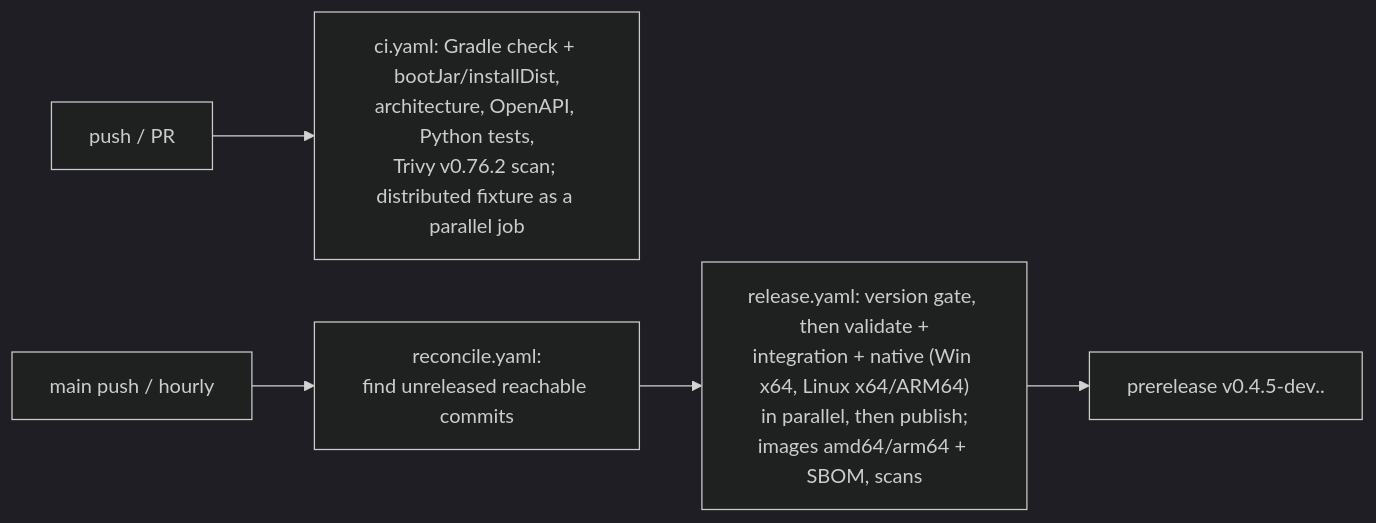
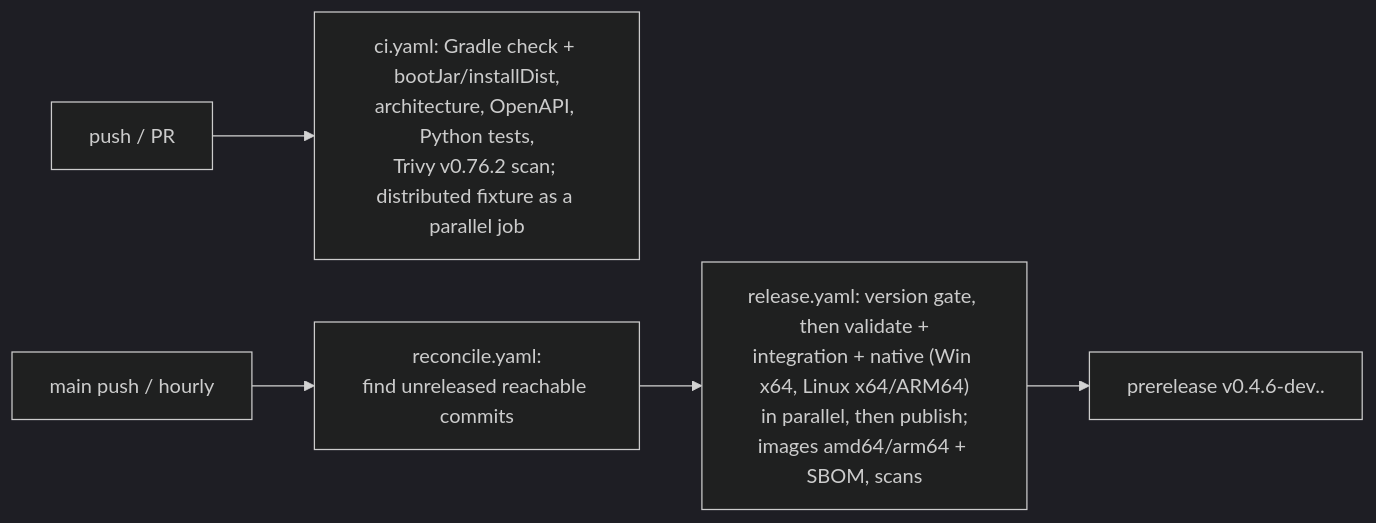
Before and after one commit to athegreat90/minecraft-modsync: diagram 12 of 12 in docs/GUIDE.md, drawn with Mermaid (dark theme). The commit also changed 15 other files, not shown here.

````diff
--- a/docs/GUIDE.md
+++ b/docs/GUIDE.md
@@ -384,7 +384,7 @@
 ```mermaid
 flowchart LR
   PR[push / PR] --> CI["ci.yaml: Gradle check + bootJar/installDist,\narchitecture, OpenAPI, Python tests,\nTrivy v0.76.2 scan; distributed fixture as a parallel job"]
   main[main push / hourly] --> REC["reconcile.yaml:\nfind unreleased reachable commits"]
   REC --> REL["release.yaml: version gate, then validate +\nintegration + native (Win x64, Linux x64/ARM64)\nin parallel, then publish;\nimages amd64/arm64 + SBOM, scans"]
-  REL --> PRE["prerelease v0.4.5-dev.<time>.<sha>"]
+  REL --> PRE["prerelease v0.4.6-dev.<time>.<sha>"]
 ```
````
